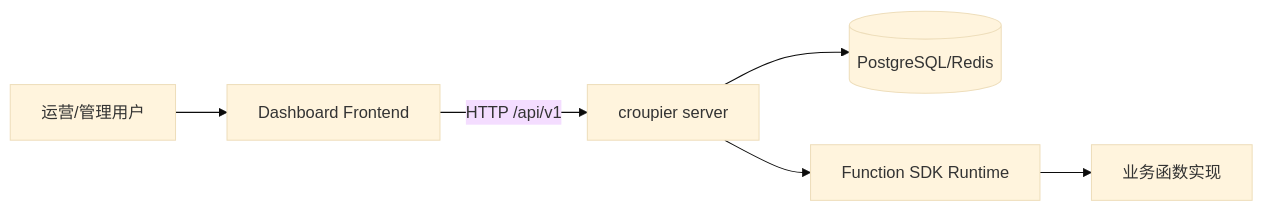
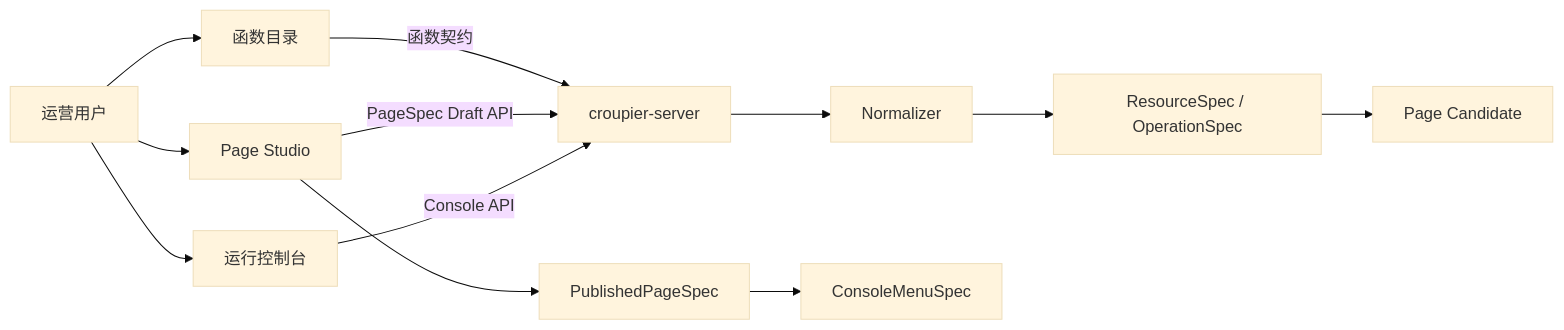
The first of 2 diagrams in web/README.md (cuihairu/croupier), drawn with Mermaid (base theme) before and after one commit. The commit also changed other lines of this file and 8 other files, not shown here.

````diff
--- a/web/README.md
+++ b/web/README.md
@@ -160,8 +79,14 @@
 ```mermaid
 graph LR
-  U[运营/管理用户] --> D[Dashboard Frontend]
-  D -->|HTTP /api/v1| S[croupier server]
-  S --> R[(PostgreSQL/Redis)]
-  S --> SDK[Function SDK Runtime]
-  SDK --> B[业务函数实现]
+  U[运营用户] --> F[函数目录]
+  U --> P[Page Studio]
+  U --> C[运行控制台]
+  F -->|函数契约| S[croupier-server]
+  P -->|PageSpec Draft API| S
+  C -->|Console API| S
+  S --> N[Normalizer]
+  N --> R[ResourceSpec / OperationSpec]
+  R --> G[Page Candidate]
+  P --> D[PublishedPageSpec]
+  D --> M[ConsoleMenuSpec]
 ```
````
